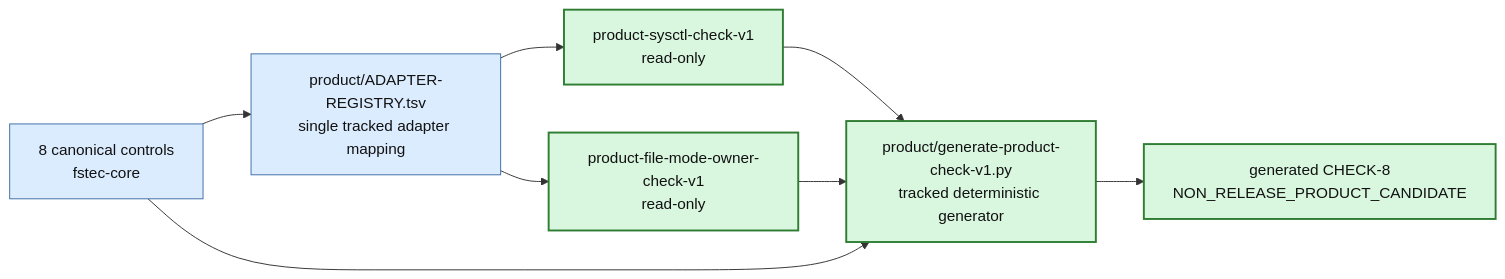
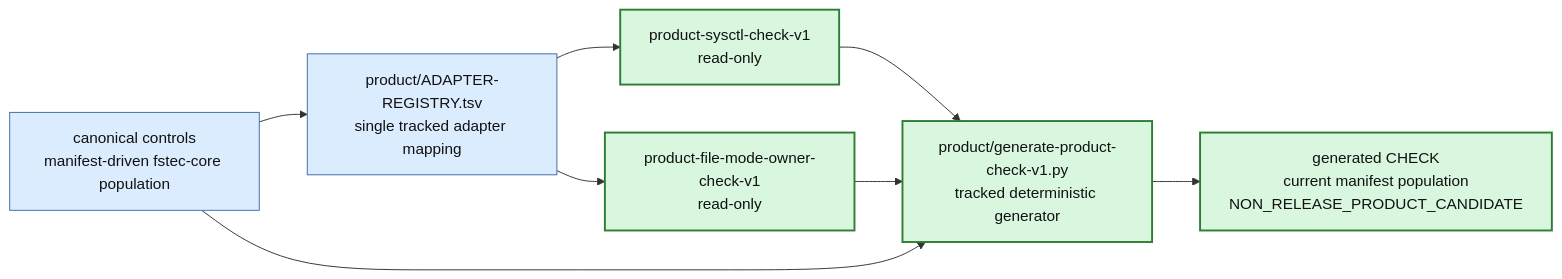
The third of 6 diagrams in docs/PROJECT-MAP-v3.md (rasav65/SecureLinux-Policy), drawn with Mermaid before and after one commit. The commit also changed other lines of this file and 25 other files, not shown here.

````diff
--- a/docs/PROJECT-MAP-v3.md
+++ b/docs/PROJECT-MAP-v3.md
@@ -186,19 +196,19 @@
 ```mermaid
 flowchart LR
-    CTRLNOW["8 canonical controls<br/>fstec-core"]:::component
+    CTRLNOW["canonical controls<br/>manifest-driven fstec-core population"]:::component
     REG["product/ADAPTER-REGISTRY.tsv<br/>single tracked adapter mapping"]:::component
     SYS["product-sysctl-check-v1<br/>read-only"]:::closed
     FILE["product-file-mode-owner-check-v1<br/>read-only"]:::closed
     GEN["product/generate-product-check-v1.py<br/>tracked deterministic generator"]:::closed
-    CHECK["generated CHECK-8<br/>NON_RELEASE_PRODUCT_CANDIDATE"]:::closed
+    CHECK["generated CHECK<br/>current manifest population<br/>NON_RELEASE_PRODUCT_CANDIDATE"]:::closed
 
     CTRLNOW --> REG
     REG --> SYS
     REG --> FILE
     SYS --> GEN
     FILE --> GEN
     CTRLNOW --> GEN --> CHECK
 
     classDef closed fill:#d9f7df,stroke:#2f7d32,color:#111,stroke-width:2px;
     classDef component fill:#dcecff,stroke:#3e6ea8,color:#111;
 ```
````
